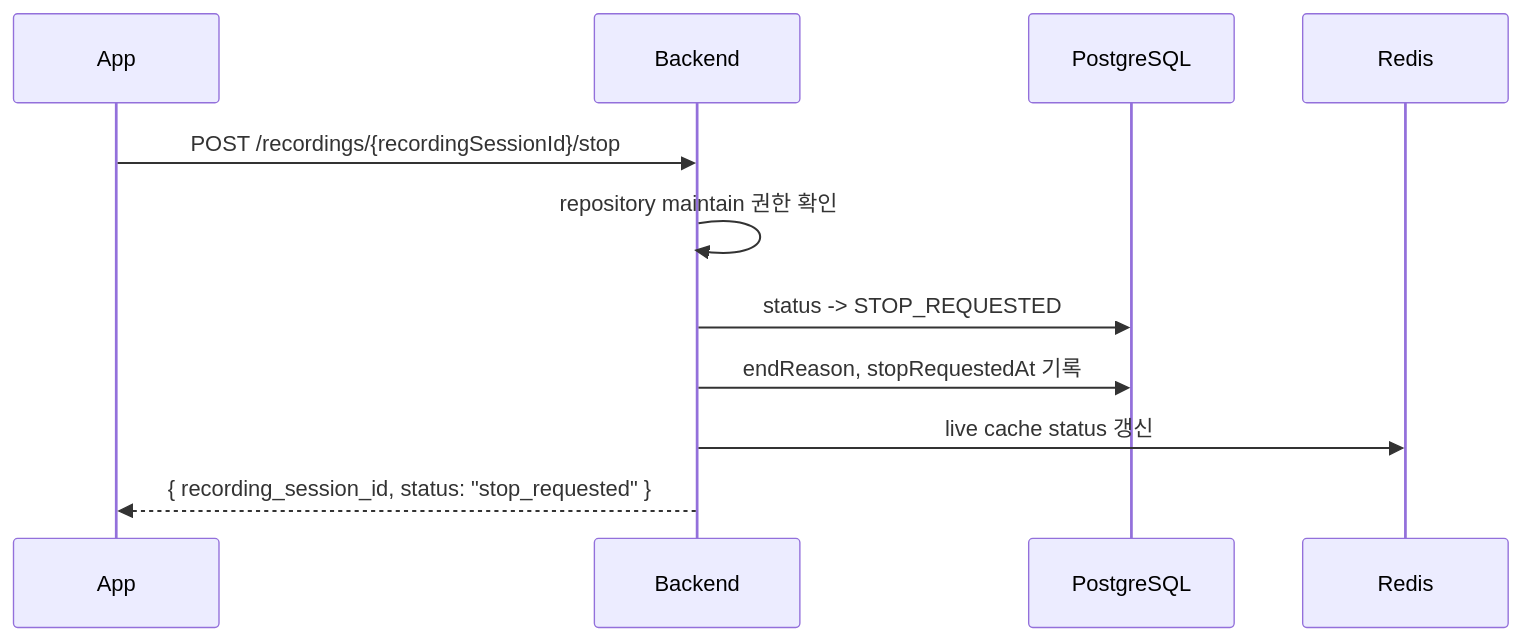
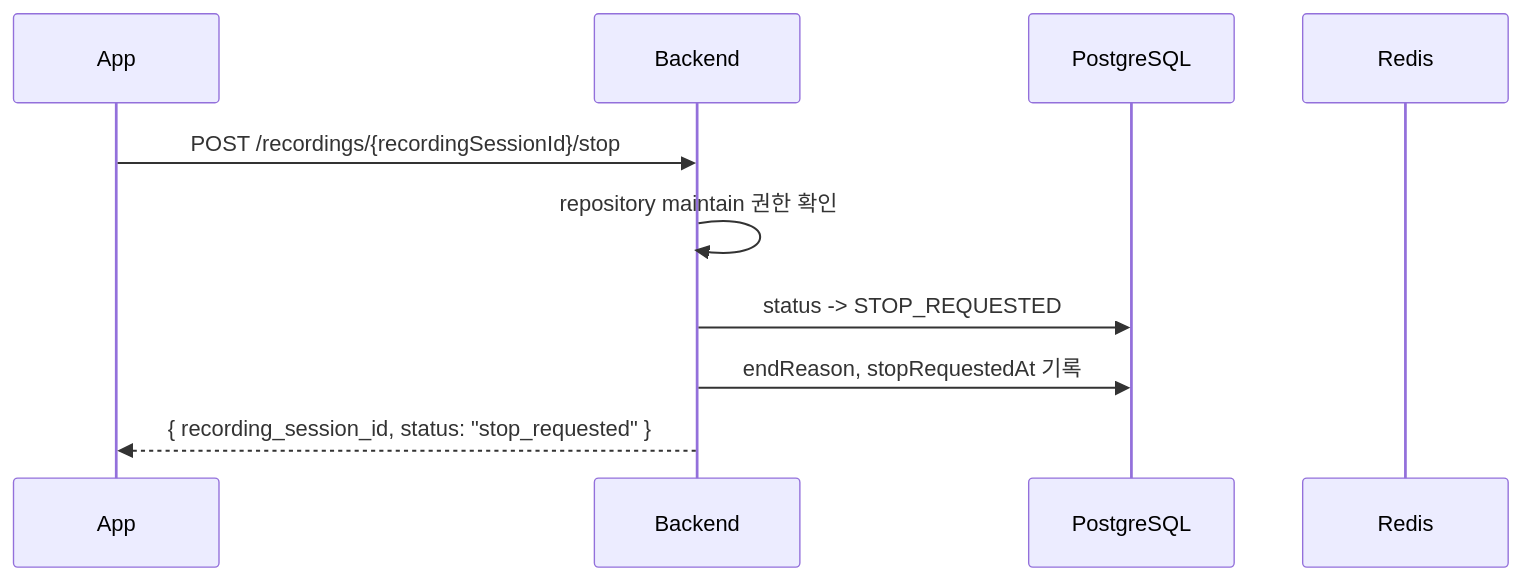
The fifth of 7 diagrams in docs/09. project_streaming.md (ego-flow/ego-flow-server), drawn with Mermaid before and after one commit. The commit also changed other lines of this file and 20 other files, not shown here.

Commit message:
[Backend] Streaming live cache 구조 정리

````diff
--- a/docs/09. project_streaming.md
+++ b/docs/09. project_streaming.md
@@ -436,14 +420,13 @@
 ```mermaid
 sequenceDiagram
     participant App
     participant BE as Backend
     participant DB as PostgreSQL
     participant Redis
 
     App->>BE: POST /recordings/{recordingSessionId}/stop
     BE->>BE: repository maintain 권한 확인
     BE->>DB: status -> STOP_REQUESTED
     BE->>DB: endReason, stopRequestedAt 기록
-    BE->>Redis: live cache status 갱신
     BE-->>App: { recording_session_id, status: "stop_requested" }
 ```
````
